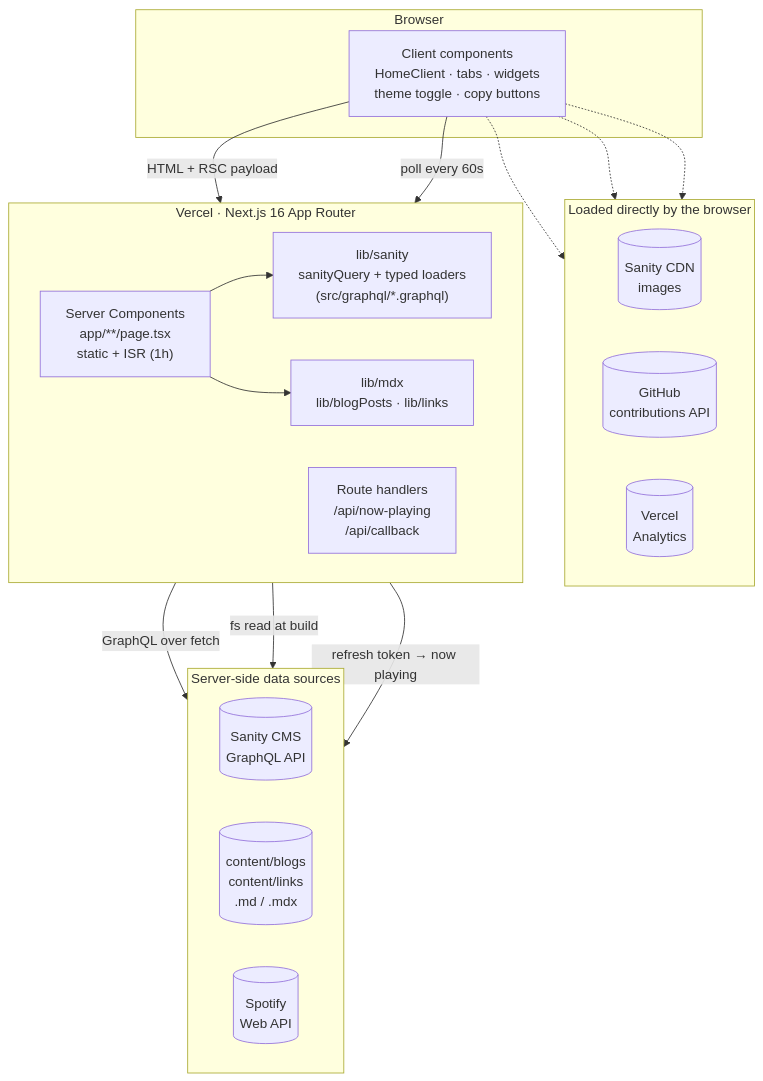
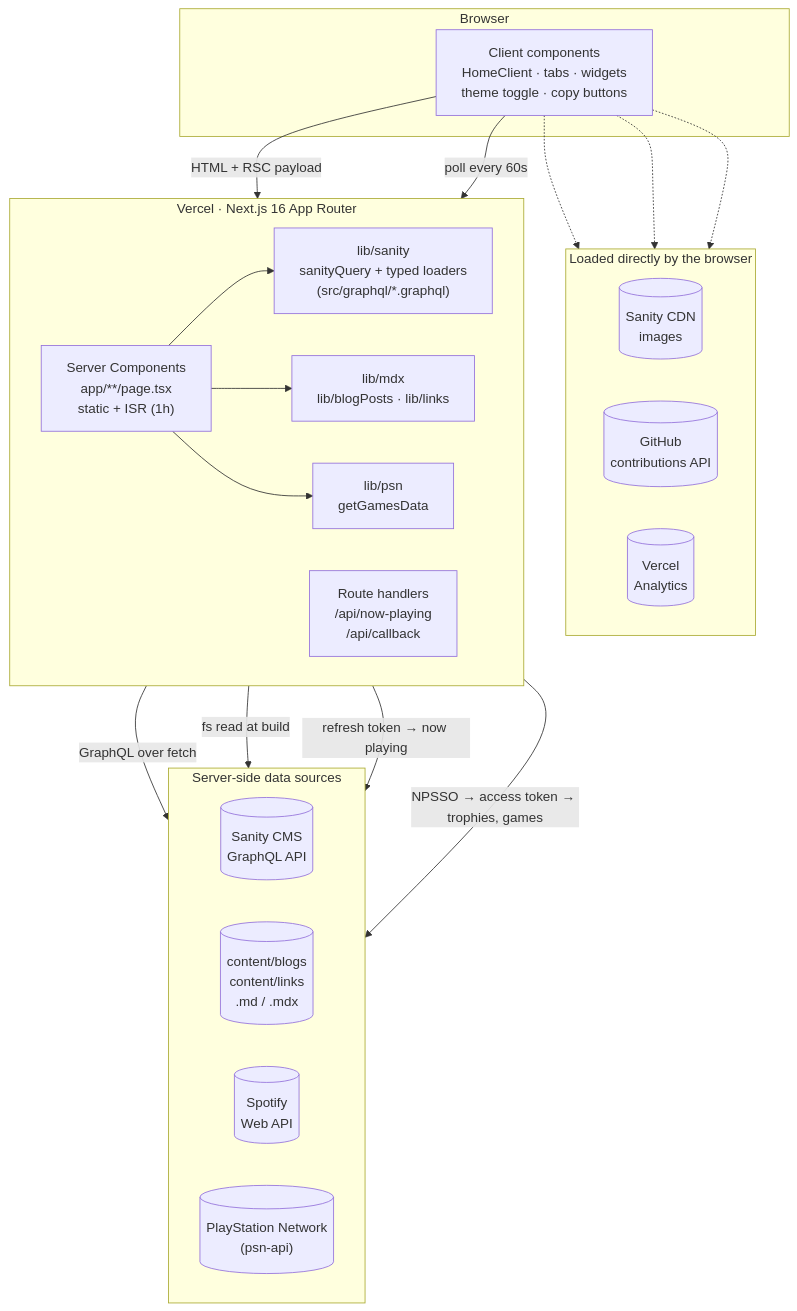
One commit to Pratham82/portfolio-v5 changed the diagram in README.md. Above: the diagram before and after it, drawn with Mermaid. The commit also changed other lines of this file and 3 other files, not shown here.

First line of the commit message:
docs: ✏️ document the PSN auth flow, endpoints and setup like Spotify

````diff
--- a/README.md
+++ b/README.md
@@ -23,39 +23,43 @@
 ```mermaid
 flowchart TB
     subgraph Browser["Browser"]
         UI["Client components<br/>HomeClient · tabs · widgets<br/>theme toggle · copy buttons"]
     end
 
     subgraph Direct["Loaded directly by the browser"]
         direction LR
         SanityCDN[("Sanity CDN<br/>images")]
         GitHub[("GitHub<br/>contributions API")]
         Analytics[("Vercel<br/>Analytics")]
     end
 
     subgraph Vercel["Vercel · Next.js 16 App Router"]
         direction LR
         Pages["Server Components<br/>app/**/page.tsx<br/>static + ISR (1h)"]
         API["Route handlers<br/>/api/now-playing<br/>/api/callback"]
         SanityLib["lib/sanity<br/>sanityQuery + typed loaders<br/>(src/graphql/*.graphql)"]
         MdxLib["lib/mdx<br/>lib/blogPosts · lib/links"]
+        PsnLib["lib/psn<br/>getGamesData"]
         Pages --> SanityLib
         Pages --> MdxLib
+        Pages --> PsnLib
     end
 
     subgraph Sources["Server-side data sources"]
         direction LR
         Sanity[("Sanity CMS<br/>GraphQL API")]
         Content[("content/blogs<br/>content/links<br/>.md / .mdx")]
         Spotify[("Spotify<br/>Web API")]
+        PSN[("PlayStation Network<br/>(psn-api)")]
     end
 
     UI -- "HTML + RSC payload" --> Pages
     UI -- "poll every 60s" --> API
     UI -.-> SanityCDN
     UI -.-> GitHub
     UI -.-> Analytics
     SanityLib -- "GraphQL over fetch" --> Sanity
     MdxLib -- "fs read at build" --> Content
     API -- "refresh token → now playing" --> Spotify
+    PsnLib -- "NPSSO → access token → trophies, games" --> PSN
 ```
````
